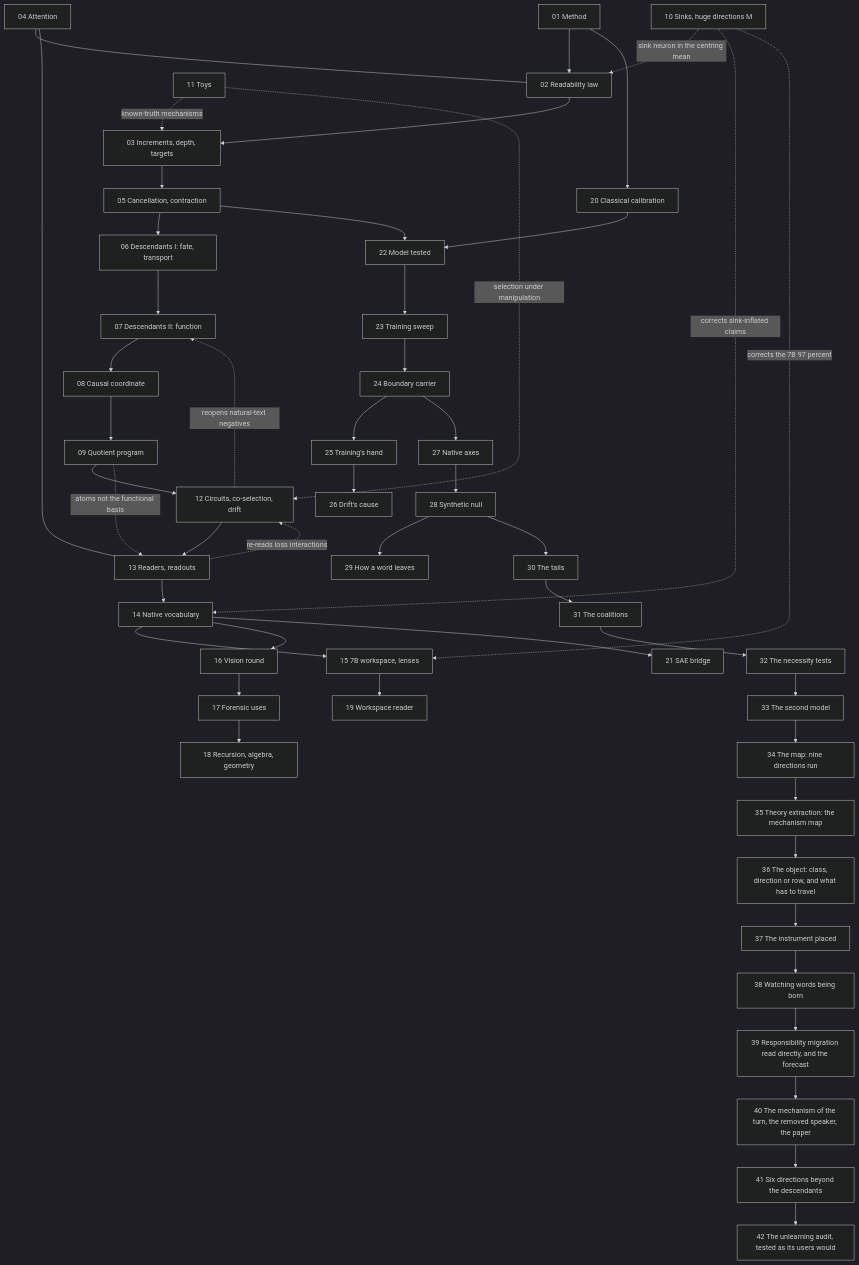
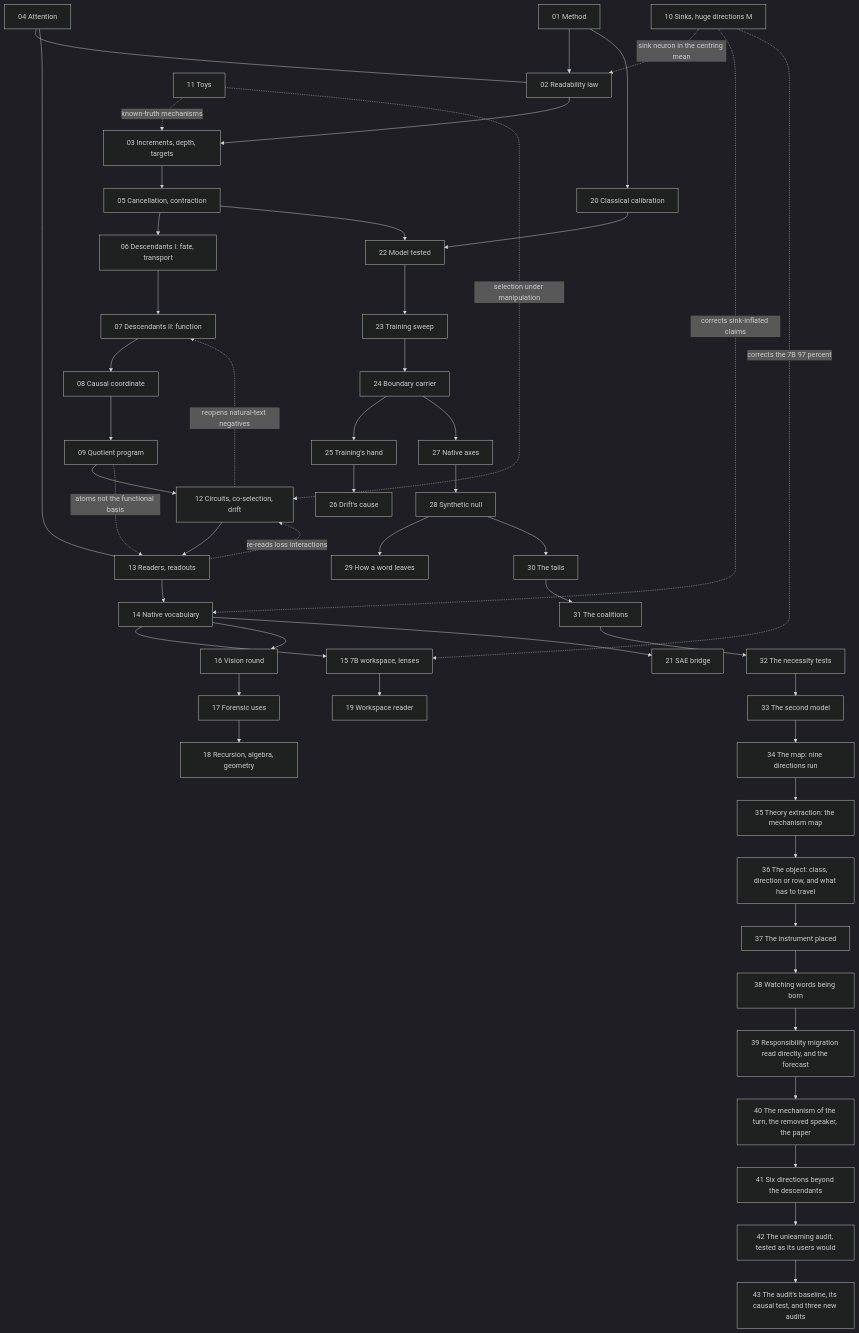
One commit to sunmoonron/wdd-descendants changed the diagram in docs/ATLAS.md. Above: the diagram before and after it, drawn with Mermaid (dark theme). The commit also changed other lines of this file and 53 other files, not shown here.

First line of the commit message:
Phase 3by: the audit's baseline, its causal test, and three new audits (e602-e606 with e602b, e603b, atlas area 43)

````diff
--- a/docs/ATLAS.md
+++ b/docs/ATLAS.md
@@ -93,52 +94,53 @@
 ```mermaid
 flowchart TD
   A01["01 Method"] --> A02["02 Readability law"]
   A02 --> A03["03 Increments, depth, targets"]
   A03 --> A05["05 Cancellation, contraction"]
   A05 --> A06["06 Descendants I: fate, transport"]
   A06 --> A07["07 Descendants II: function"]
   A07 --> A08["08 Causal coordinate"]
   A08 --> A09["09 Quotient program"]
   A09 --> A12["12 Circuits, co-selection, drift"]
   A12 --> A13["13 Readers, readouts"]
   A13 --> A14["14 Native vocabulary"]
   A14 --> A15["15 7B workspace, lenses"]
   A14 --> A16["16 Vision round"]
   A16 --> A17["17 Forensic uses"]
   A17 --> A18["18 Recursion, algebra, geometry"]
   A15 --> A19["19 Workspace reader"]
   A01 --> A20["20 Classical calibration"]
   A14 --> A21["21 SAE bridge"]
   A20 --> A22["22 Model tested"]
   A22 --> A23["23 Training sweep"]
   A23 --> A24["24 Boundary carrier"]
   A24 --> A25["25 Training's hand"]
   A25 --> A26["26 Drift's cause"]
   A24 --> A27["27 Native axes"]
   A27 --> A28["28 Synthetic null"]
   A28 --> A29["29 How a word leaves"]
   A28 --> A30["30 The tails"]
   A30 --> A31["31 The coalitions"]
   A31 --> A32["32 The necessity tests"]
   A32 --> A33["33 The second model"]
   A33 --> A34["34 The map: nine directions run"]
   A34 --> A35["35 Theory extraction: the mechanism map"]
   A35 --> A36["36 The object: class, direction or row, and what has to travel"]
   A36 --> A37["37 The instrument placed"]
   A37 --> A38["38 Watching words being born"]
   A38 --> A39["39 Responsibility migration read directly, and the forecast"]
   A39 --> A40["40 The mechanism of the turn, the removed speaker, the paper"]
   A40 --> A41["41 Six directions beyond the descendants"]
   A41 --> A42["42 The unlearning audit, tested as its users would"]
+  A42 --> A43["43 The audit's baseline, its causal test, and three new audits"]
   A05 --> A22
   A04["04 Attention"] --- A02
   A04 --- A13
   A10["10 Sinks, huge directions M"] -.->|sink neuron in the centring mean| A02
   A10 -.->|corrects sink-inflated claims| A14
   A10 -.->|corrects the 7B 97 percent| A15
   A11["11 Toys"] -.->|known-truth mechanisms| A03
   A11 -.->|selection under manipulation| A12
   A12 -.->|reopens natural-text negatives| A07
   A13 -.->|re-reads loss interactions| A12
   A09 -.->|atoms not the functional basis| A13
 ```
````
